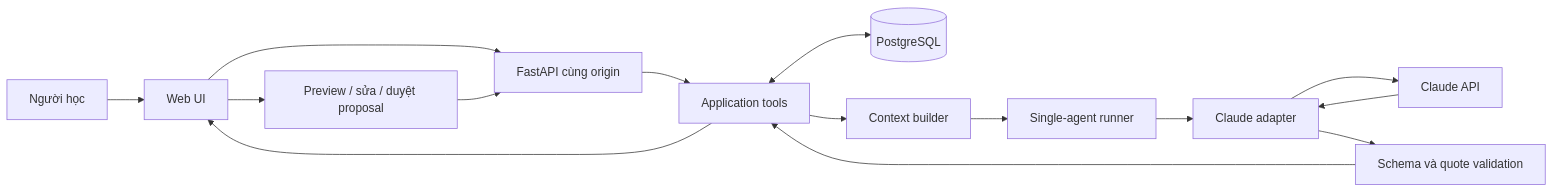
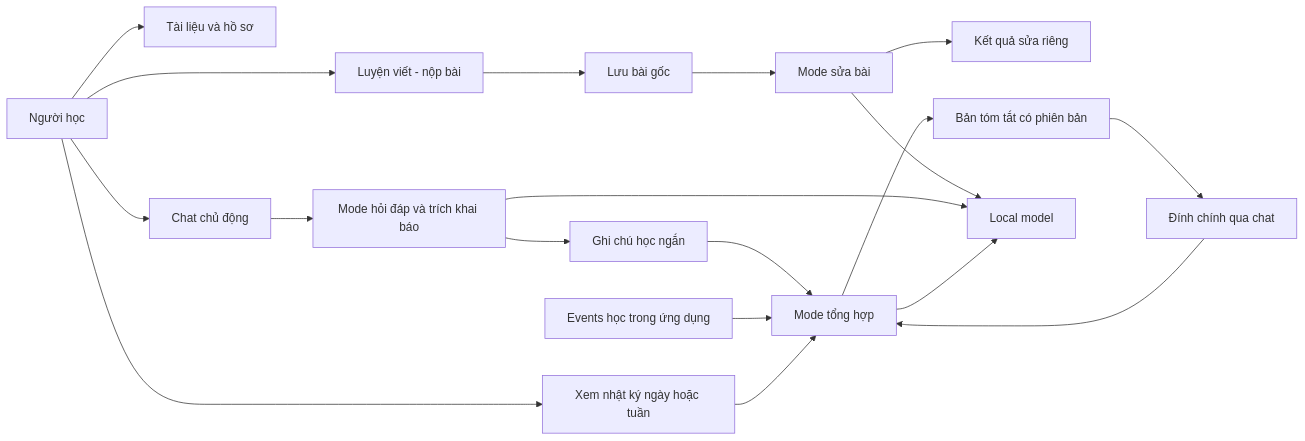
Before and after one commit to chkiet253/StudyCraft: the diagram in docs/SPEC.md, drawn with Mermaid. The commit also changed other lines of this file and 8 other files, not shown here.

````diff
--- a/docs/SPEC.md
+++ b/docs/SPEC.md
@@ -130,17 +140,21 @@
 ```mermaid
 flowchart LR
-    U[Người học] --> B[Web UI]
-    B --> H[FastAPI cùng origin]
-    H --> S[Application tools]
-    S <--> D[(PostgreSQL)]
-    S --> C[Context builder]
-    C --> R[Single-agent runner]
-    R --> L[Claude adapter]
-    L --> A[Claude API]
-    A --> L
-    L --> V[Schema và quote validation]
-    V --> S
-    S --> B
-    B --> P[Preview / sửa / duyệt proposal]
-    P --> H
+  U[Người học] --> M[Tài liệu và hồ sơ]
+  U --> W[Luyện viết - nộp bài]
+  W --> S[Lưu bài gốc]
+  S --> R[Mode sửa bài]
+  R --> F[Kết quả sửa riêng]
+  U --> C[Chat chủ động]
+  C --> Q[Mode hỏi đáp và trích khai báo]
+  Q --> N[Ghi chú học ngắn]
+  U --> J[Xem nhật ký ngày hoặc tuần]
+  N --> A[Mode tổng hợp]
+  E[Events học trong ứng dụng] --> A
+  J --> A
+  A --> H[Bản tóm tắt có phiên bản]
+  H --> X[Đính chính qua chat]
+  X --> A
+  R --> L[Local model]
+  Q --> L
+  A --> L
 ```
````
